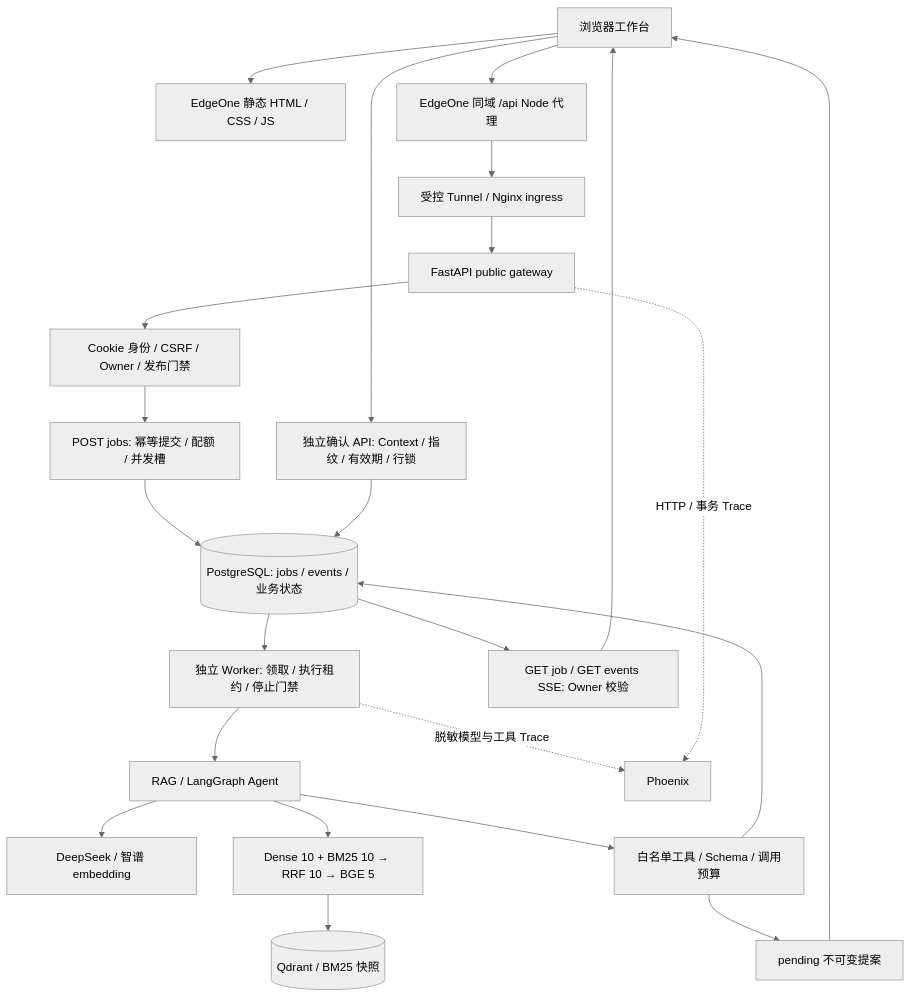
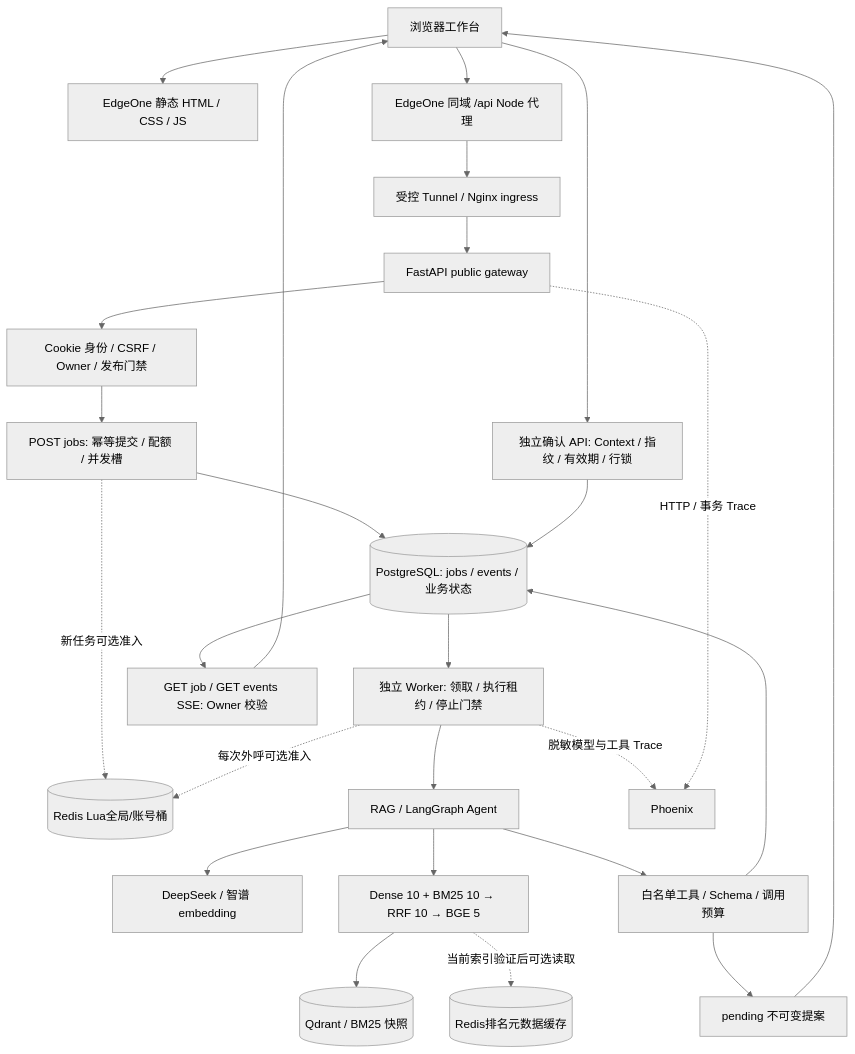
Before and after one commit to yan-ye-dhy/project-copilot: the diagram in docs/ARCHITECTURE.md, drawn with Mermaid (neutral theme). The commit also changed other lines of this file and 55 other files, not shown here.

````diff
--- a/docs/ARCHITECTURE.md
+++ b/docs/ARCHITECTURE.md
@@ -5,25 +5,28 @@
 ```mermaid
 flowchart TD
     B[浏览器工作台] --> E[EdgeOne 静态 HTML / CSS / JS]
     B --> P[EdgeOne 同域 /api Node 代理]
     P --> I[受控 Tunnel / Nginx ingress]
     I --> G[FastAPI public gateway]
     G --> A[Cookie 身份 / CSRF / Owner / 发布门禁]
     A --> J[POST jobs: 幂等提交 / 配额 / 并发槽]
+    J -.新任务可选准入.-> RD[(Redis Lua全局/账号桶)]
     J --> PG[(PostgreSQL: jobs / events / 业务状态)]
     PG --> W[独立 Worker: 领取 / 执行租约 / 停止门禁]
     W --> R[RAG / LangGraph Agent]
+    W -.每次外呼可选准入.-> RD
     R --> M[DeepSeek / 智谱 embedding]
     R --> K[Dense 10 + BM25 10 → RRF 10 → BGE 5]
     K --> Q[(Qdrant / BM25 快照)]
+    K -.当前索引验证后可选读取.-> RC[(Redis排名元数据缓存)]
     R --> T[白名单工具 / Schema / 调用预算]
     T --> PG
     T --> Proposal[pending 不可变提案]
     Proposal --> B
     B --> Confirm[独立确认 API: Context / 指纹 / 有效期 / 行锁]
     Confirm --> PG
     PG --> Read[GET job / GET events SSE: Owner 校验]
     Read --> B
     W -. 脱敏模型与工具 Trace .-> PH[Phoenix]
     G -. HTTP / 事务 Trace .-> PH
 ```
````
